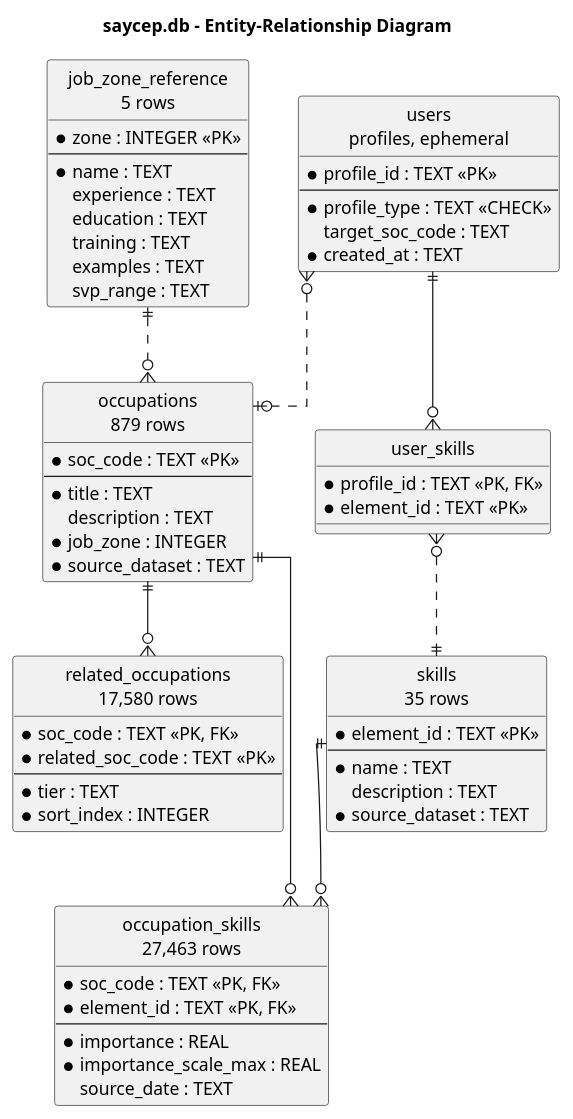
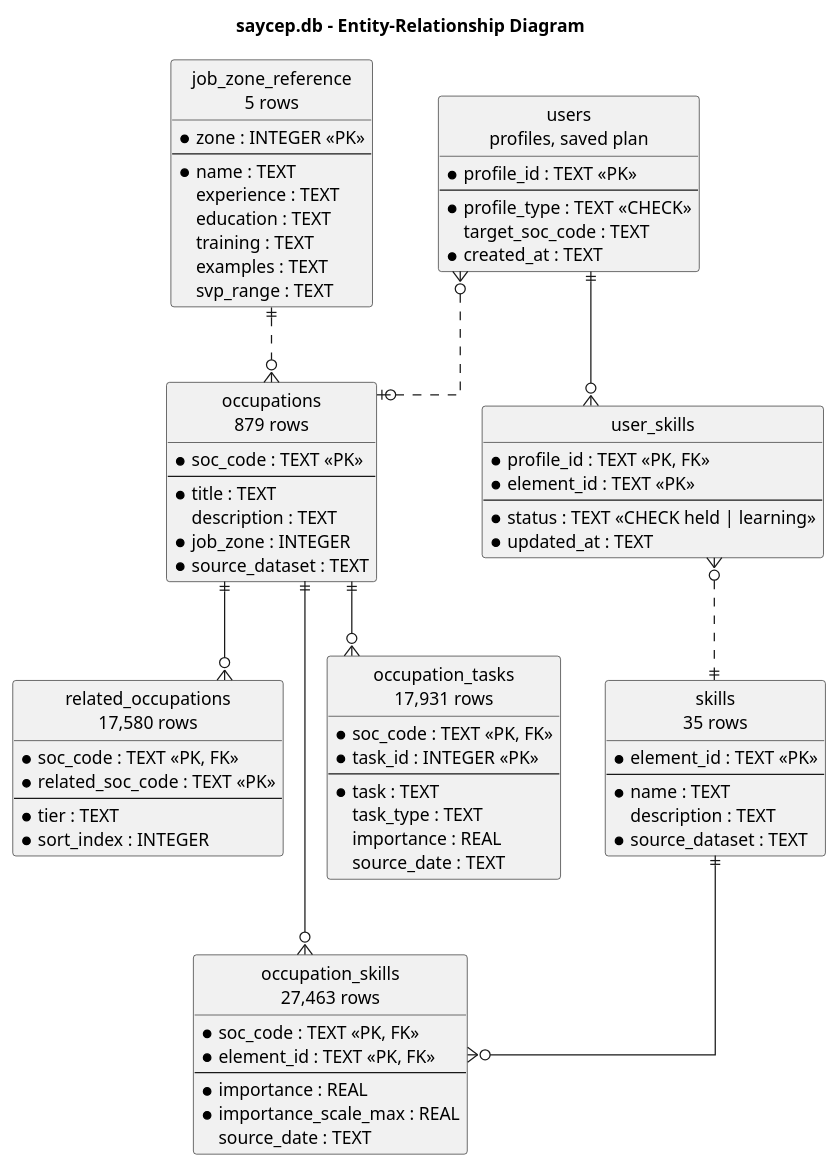
The diagram in docs/uml/a3/08-erd.puml (ShogunLSG/SAYCEP), drawn with PlantUML before and after one commit. The commit also changed 26 other files, not shown here.

First line of the commit message:
Redraw the Assignment 3 diagrams for the built system

```diff
--- a/docs/uml/a3/08-erd.puml
+++ b/docs/uml/a3/08-erd.puml
@@ -1,75 +1,91 @@
 @startuml SAYCEP_A3_ERD
 ' Assignment 3 Q4.2 - entity-relationship diagram of saycep.db, read from
 ' sqlite_master on 30 September 2026. Solid lines are foreign keys declared
 ' in SQL; dashed lines are references enforced by the API, not the database.
+' Version 1.1 (30 September): occupation_tasks (ADR-0007); user_skills
+' gains status and updated_at (ADR-0005).
 title saycep.db - Entity-Relationship Diagram
 hide circle
 skinparam linetype ortho
 skinparam shadowing false
 
 entity "occupations\n879 rows" as occ {
   * soc_code : TEXT <<PK>>
   --
   * title : TEXT
   description : TEXT
   * job_zone : INTEGER
   * source_dataset : TEXT
 }
 
 entity "skills\n35 rows" as sk {
   * element_id : TEXT <<PK>>
   --
   * name : TEXT
   description : TEXT
   * source_dataset : TEXT
 }
 
 entity "occupation_skills\n27,463 rows" as os {
   * soc_code : TEXT <<PK, FK>>
   * element_id : TEXT <<PK, FK>>
   --
   * importance : REAL
   * importance_scale_max : REAL
   source_date : TEXT
 }
 
 entity "related_occupations\n17,580 rows" as ro {
   * soc_code : TEXT <<PK, FK>>
   * related_soc_code : TEXT <<PK>>
   --
   * tier : TEXT
   * sort_index : INTEGER
 }
 
 entity "job_zone_reference\n5 rows" as jz {
   * zone : INTEGER <<PK>>
   --
   * name : TEXT
   experience : TEXT
   education : TEXT
   training : TEXT
   examples : TEXT
   svp_range : TEXT
 }
 
-entity "users\nprofiles, ephemeral" as u {
+entity "occupation_tasks\n17,931 rows" as ot {
+  * soc_code : TEXT <<PK, FK>>
+  * task_id : INTEGER <<PK>>
+  --
+  * task : TEXT
+  task_type : TEXT
+  importance : REAL
+  source_date : TEXT
+}
+
+entity "users\nprofiles, saved plan" as u {
   * profile_id : TEXT <<PK>>
   --
   * profile_type : TEXT <<CHECK>>
   target_soc_code : TEXT
   * created_at : TEXT
 }
 
 entity "user_skills" as us {
   * profile_id : TEXT <<PK, FK>>
   * element_id : TEXT <<PK>>
+  --
+  * status : TEXT <<CHECK held | learning>>
+  * updated_at : TEXT
 }
 
 occ ||--o{ os
+occ ||--o{ ot
 sk ||--o{ os
 occ ||--o{ ro
 u ||--o{ us
 jz ||..o{ occ
 u }o..o| occ
 us }o..|| sk
 @enduml
```
